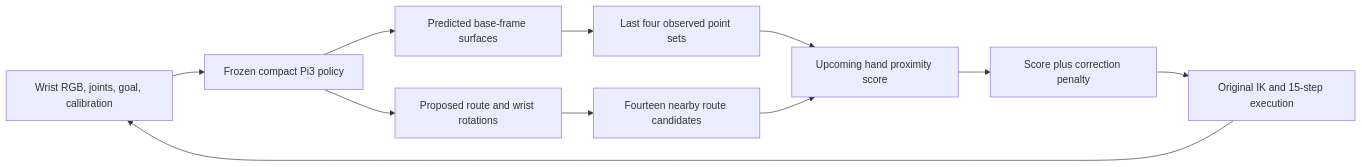
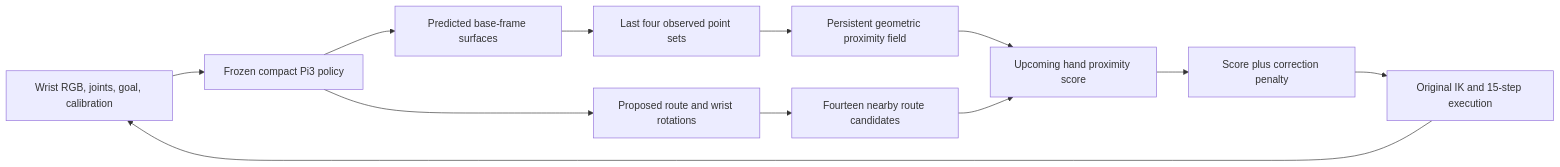
One commit to maochen-casia/GTSN changed the diagram in documents/research_story.md. Above: the diagram before and after it, drawn with Mermaid. The commit also changed other lines of this file and 9 other files, not shown here.

````diff
--- a/documents/research_story.md
+++ b/documents/research_story.md
@@ -80,13 +102,14 @@
 ```mermaid
 flowchart LR
     A[Wrist RGB, joints, goal, calibration] --> B[Frozen compact Pi3 policy]
     B --> C[Proposed route and wrist rotations]
     B --> D[Predicted base-frame surfaces]
     D --> E[Last four observed point sets]
     C --> F[Fourteen nearby route candidates]
-    E --> G[Upcoming hand proximity score]
+    E --> J[Persistent geometric proximity field]
+    J --> G[Upcoming hand proximity score]
     F --> G
     G --> H[Score plus correction penalty]
     H --> I[Original IK and 15-step execution]
     I --> A
 ```
````
